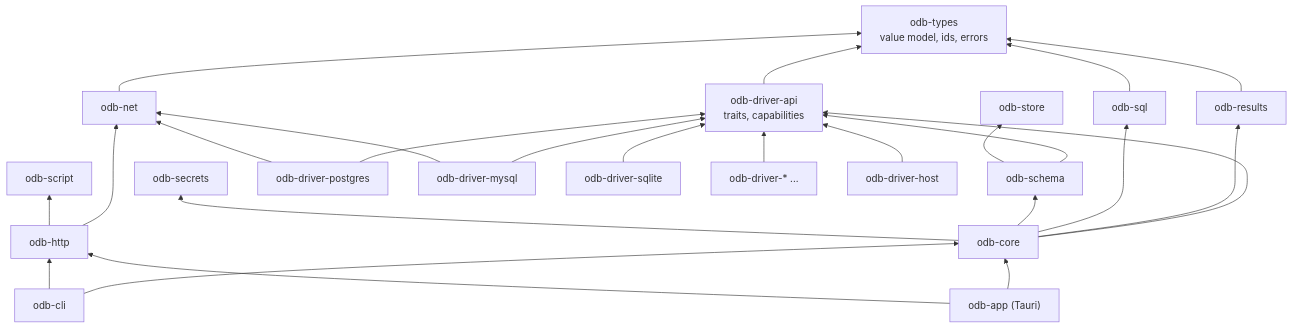
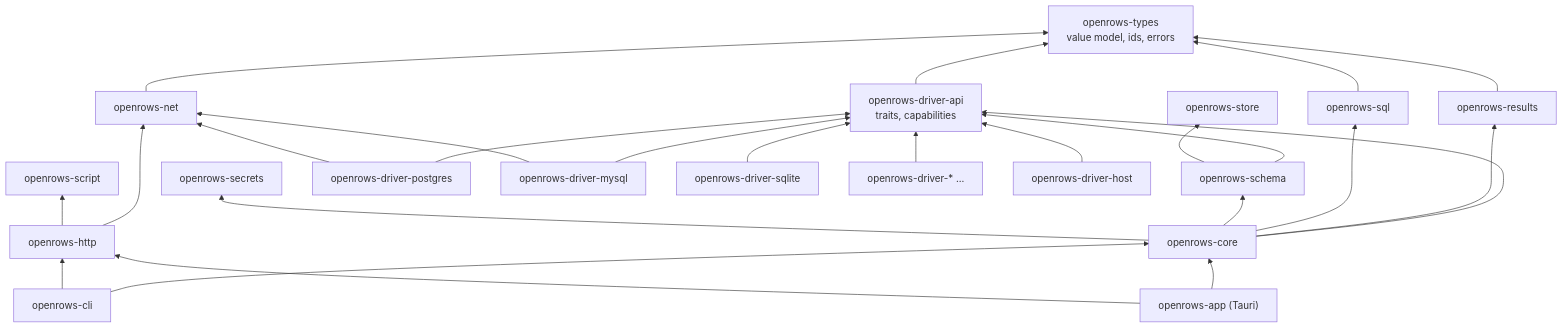
One commit to theetaz/open-rows changed the fourth of 6 diagrams in docs/03-architecture-overview.md. Above: the diagram before and after it, drawn with Mermaid. The commit also changed other lines of this file and 31 other files, not shown here.

````diff
--- a/docs/03-architecture-overview.md
+++ b/docs/03-architecture-overview.md
@@ -151,46 +151,46 @@
 ```mermaid
 flowchart BT
-    types["odb-types<br/>value model, ids, errors"]
-    driverapi["odb-driver-api<br/>traits, capabilities"]
-    net["odb-net"]
-    secrets["odb-secrets"]
-    sqlk["odb-sql"]
-    resultsk["odb-results"]
-    storek["odb-store"]
-    schemak["odb-schema"]
-    corek["odb-core"]
-    httpk["odb-http"]
-    scriptk["odb-script"]
-    pg["odb-driver-postgres"]
-    my["odb-driver-mysql"]
-    lite["odb-driver-sqlite"]
-    more["odb-driver-* ..."]
-    app["odb-app (Tauri)"]
-    cli["odb-cli"]
-    hostk["odb-driver-host"]
+    types["openrows-types<br/>value model, ids, errors"]
+    driverapi["openrows-driver-api<br/>traits, capabilities"]
+    net["openrows-net"]
+    secrets["openrows-secrets"]
+    sqlk["openrows-sql"]
+    resultsk["openrows-results"]
+    storek["openrows-store"]
+    schemak["openrows-schema"]
+    corek["openrows-core"]
+    httpk["openrows-http"]
+    scriptk["openrows-script"]
+    pg["openrows-driver-postgres"]
+    my["openrows-driver-mysql"]
+    lite["openrows-driver-sqlite"]
+    more["openrows-driver-* ..."]
+    app["openrows-app (Tauri)"]
+    cli["openrows-cli"]
+    hostk["openrows-driver-host"]
 
     driverapi --> types
     resultsk --> types
     sqlk --> types
     net --> types
     pg --> driverapi
     pg --> net
     my --> driverapi
     my --> net
     lite --> driverapi
     more --> driverapi
     schemak --> driverapi
     schemak --> storek
     corek --> driverapi
     corek --> resultsk
     corek --> sqlk
     corek --> schemak
     corek --> secrets
     httpk --> net
     httpk --> scriptk
     app --> corek
     app --> httpk
     cli --> corek
     cli --> httpk
     hostk --> driverapi
 ```
````
